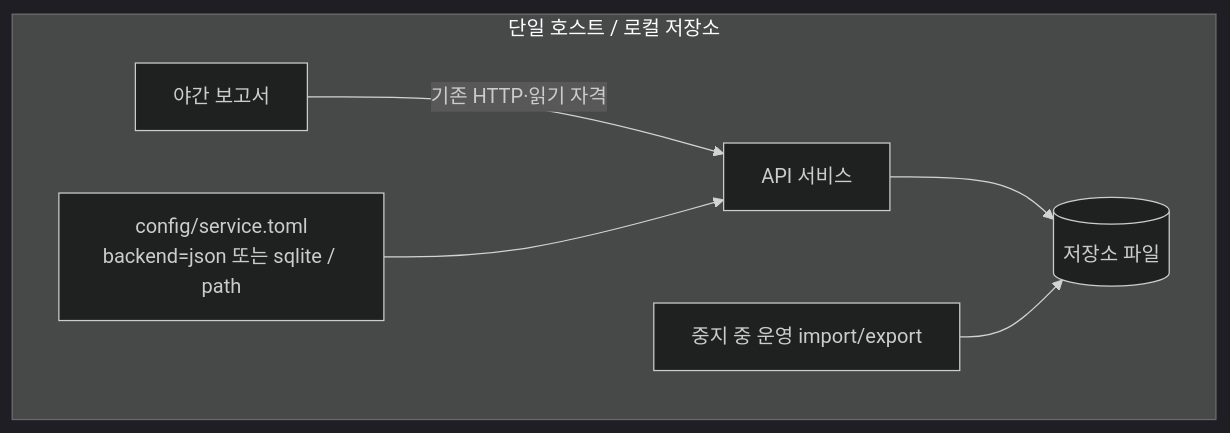
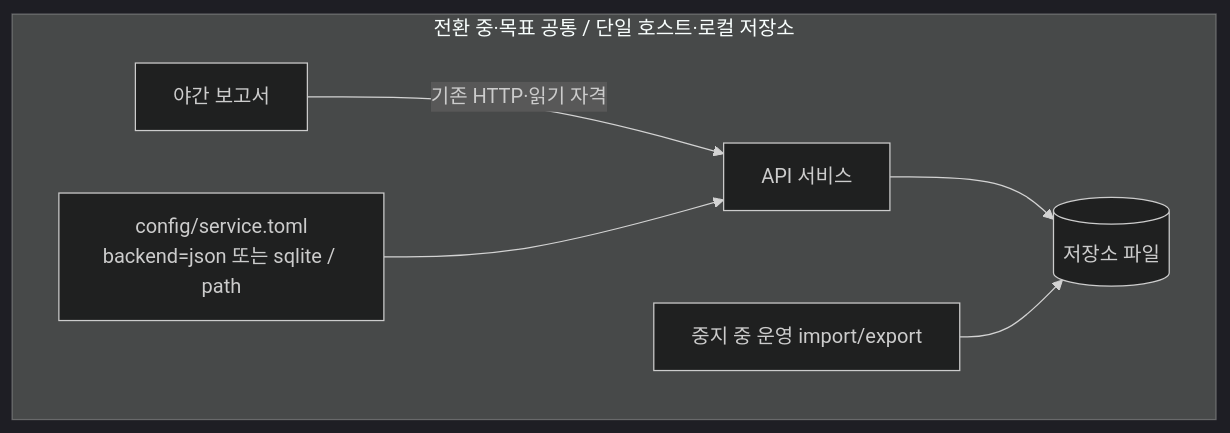
Before and after one commit to bifrost17/ai-native-sdlc-sample: the third of 3 diagrams in docs/research/sdlc-documentation/spec-plan-design/candidate/examples/M01/design/architecture.md, drawn with Mermaid (dark theme). The commit also changed other lines of this file and 21 other files, not shown here.

````diff
--- a/docs/research/sdlc-documentation/spec-plan-design/candidate/examples/M01/design/architecture.md
+++ b/docs/research/sdlc-documentation/spec-plan-design/candidate/examples/M01/design/architecture.md
@@ -51,9 +83,9 @@
 ```mermaid
 flowchart TB
-  subgraph HOST["단일 호스트 / 로컬 저장소"]
+  subgraph HOST["전환 중·목표 공통 / 단일 호스트·로컬 저장소"]
     API["API 서비스"] --> DB[("저장소 파일")]
     REPORT["야간 보고서"] -->|"기존 HTTP·읽기 자격"| API
     CFG["config/service.toml\nbackend=json 또는 sqlite / path"] --> API
     OP["중지 중 운영 import/export"] --> DB
   end
 ```
````
